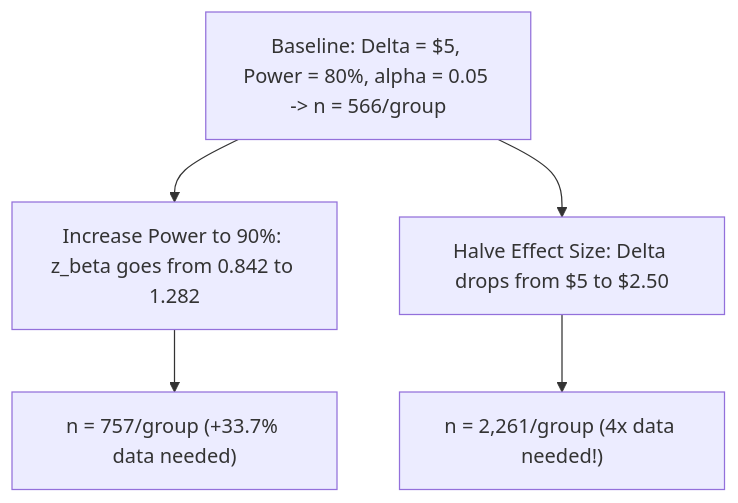
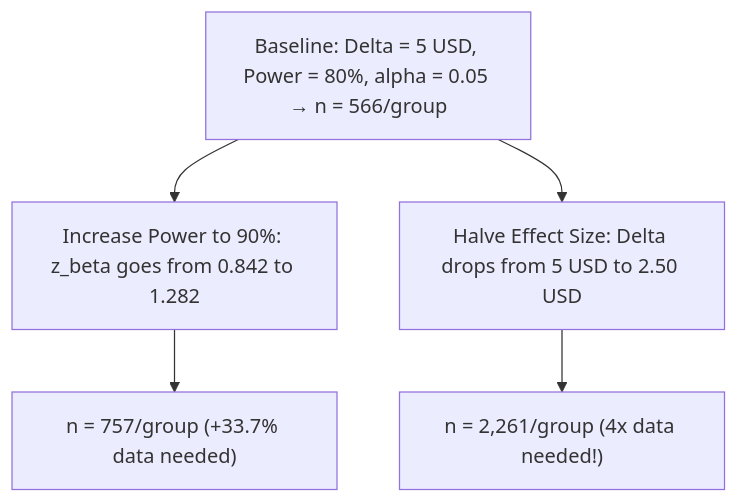
Before and after one commit to YatishGowda09/Sem-3-CSE-Notes: the fifth of 5 diagrams in Maths/Unit 4/L06 - Power of a Test and Factors Affecting Power.md, drawn with Mermaid. The commit also changed 70 other files, not shown here.

First line of the commit message:
Fix Mermaid diagram syntax for GitHub rendering compatibility

````diff
--- a/Maths/Unit 4/L06 - Power of a Test and Factors Affecting Power.md
+++ b/Maths/Unit 4/L06 - Power of a Test and Factors Affecting Power.md
@@ -280,8 +280,8 @@
 ```mermaid
 flowchart TD
-    Base["Baseline: Delta = $5, Power = 80%, alpha = 0.05 -> n = 566/group"]
+    Base["Baseline: Delta = 5 USD, Power = 80%, alpha = 0.05 &rarr; n = 566/group"]
     Base --> ChangeP["Increase Power to 90%: z_beta goes from 0.842 to 1.282"]
     ChangeP --> ResultP["n = 757/group (+33.7% data needed)"]
-    Base --> ChangeD["Halve Effect Size: Delta drops from $5 to $2.50"]
+    Base --> ChangeD["Halve Effect Size: Delta drops from 5 USD to 2.50 USD"]
     ChangeD --> ResultD["n = 2,261/group (4x data needed!)"]
 ```
````
